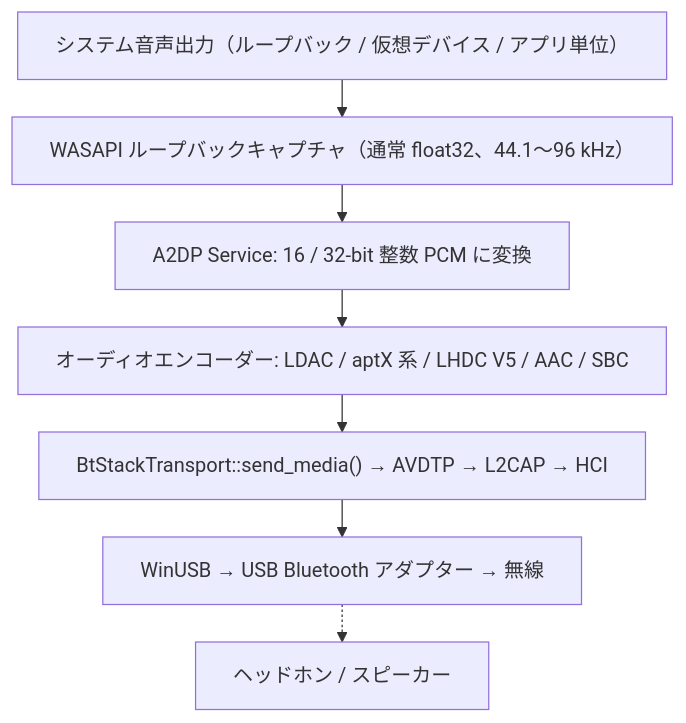
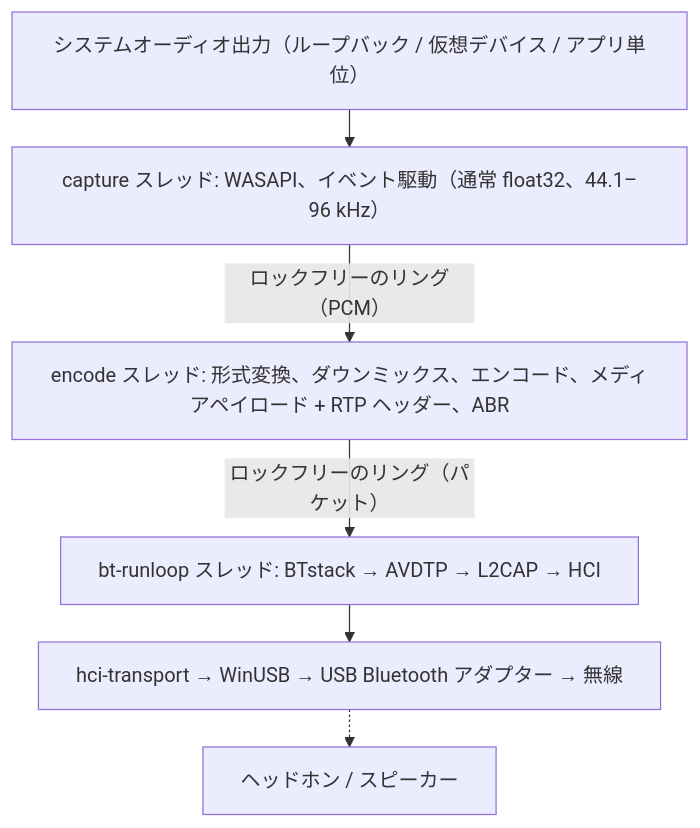
One commit to Akramx15/A2DP-Windows-Bridge changed the third of 4 diagrams in docs/ja/architecture.md. Above: the diagram before and after it, drawn with Mermaid. The commit also changed other lines of this file and 15 other files, not shown here.

First line of the commit message:
docs: describe v2 (core, window, tray, in-app WinUSB, licences)

````diff
--- a/docs/ja/architecture.md
+++ b/docs/ja/architecture.md
@@ -150,16 +134,15 @@
 ```mermaid
 ---
 config:
   flowchart:
     wrappingWidth: 480
     rankSpacing: 30
 ---
 flowchart TD
-    out["システム音声出力（ループバック / 仮想デバイス / アプリ単位）"]
-    out --> cap["WASAPI ループバックキャプチャ（通常 float32、44.1〜96 kHz）"]
-    cap --> conv["A2DP Service: 16 / 32-bit 整数 PCM に変換"]
-    conv --> enc["オーディオエンコーダー: LDAC / aptX 系 / LHDC V5 / AAC / SBC"]
-    enc --> stack["BtStackTransport::send_media() → AVDTP → L2CAP → HCI"]
-    stack --> usb["WinUSB → USB Bluetooth アダプター → 無線"]
+    out["システムオーディオ出力（ループバック / 仮想デバイス / アプリ単位）"]
+    out --> cap["capture スレッド: WASAPI、イベント駆動（通常 float32、44.1–96 kHz）"]
+    cap -->|"ロックフリーのリング（PCM）"| enc["encode スレッド: 形式変換、ダウンミックス、エンコード、メディアペイロード + RTP ヘッダー、ABR"]
+    enc -->|"ロックフリーのリング（パケット）"| stack["bt-runloop スレッド: BTstack → AVDTP → L2CAP → HCI"]
+    stack --> usb["hci-transport → WinUSB → USB Bluetooth アダプター → 無線"]
     usb -.-> hp["ヘッドホン / スピーカー"]
 ```
````
